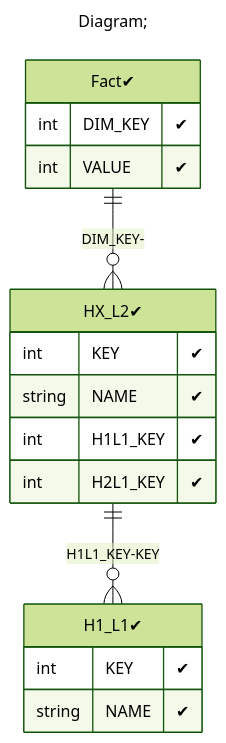
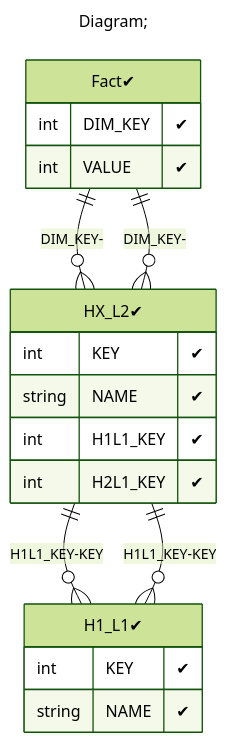
The third of 3 diagrams in demo/server/catalogs/tutorial_Cube_with_CubeDimension_with_level_attribute/README.MD (xmla-services/workground), drawn with Mermaid (forest theme) before and after one commit. The commit also changed other lines of this file and 3 other files, not shown here.

````diff
--- a/demo/server/catalogs/tutorial_Cube_with_CubeDimension_with_level_attribute/README.MD
+++ b/demo/server/catalogs/tutorial_Cube_with_CubeDimension_with_level_attribute/README.MD
@@ -101,23 +114,25 @@
 ```mermaid
 ---
 title: Diagram;
 ---
 erDiagram
 "Fact✔"{
 int DIM_KEY "✔"
 int VALUE "✔"
 }
 "H1_L1✔"{
 int KEY "✔"
 string NAME "✔"
 }
 "HX_L2✔"{
 int KEY "✔"
 string NAME "✔"
 int H1L1_KEY "✔"
 int H2L1_KEY "✔"
 }
 
 "Fact✔" ||--o{ "HX_L2✔" : "DIM_KEY-"
 "HX_L2✔" ||--o{ "H1_L1✔" : "H1L1_KEY-KEY"
+"Fact✔" ||--o{ "HX_L2✔" : "DIM_KEY-"
+"HX_L2✔" ||--o{ "H1_L1✔" : "H1L1_KEY-KEY"
 ```
````
